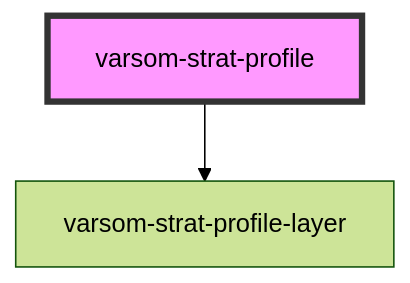
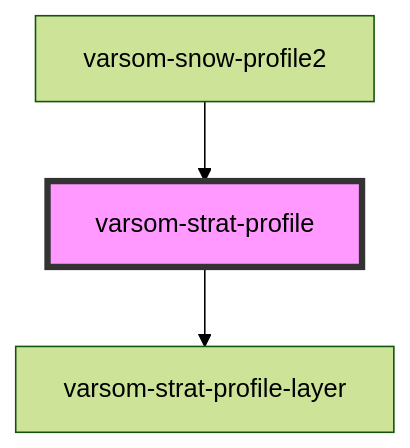
Before and after one commit to NVE/varsom-observation: the diagram in observasjonskort/src/components/varsom-strat-profile/readme.md, drawn with Mermaid (forest theme). The commit also changed other lines of this file and 10 other files, not shown here.

Commit message:
updated strat profile and strat profile layers components

````diff
--- a/observasjonskort/src/components/varsom-strat-profile/readme.md
+++ b/observasjonskort/src/components/varsom-strat-profile/readme.md
@@ -24,5 +28,6 @@
 ```mermaid
 graph TD;
   varsom-strat-profile --> varsom-strat-profile-layer
+  varsom-snow-profile2 --> varsom-strat-profile
   style varsom-strat-profile fill:#f9f,stroke:#333,stroke-width:4px
 ```
````
